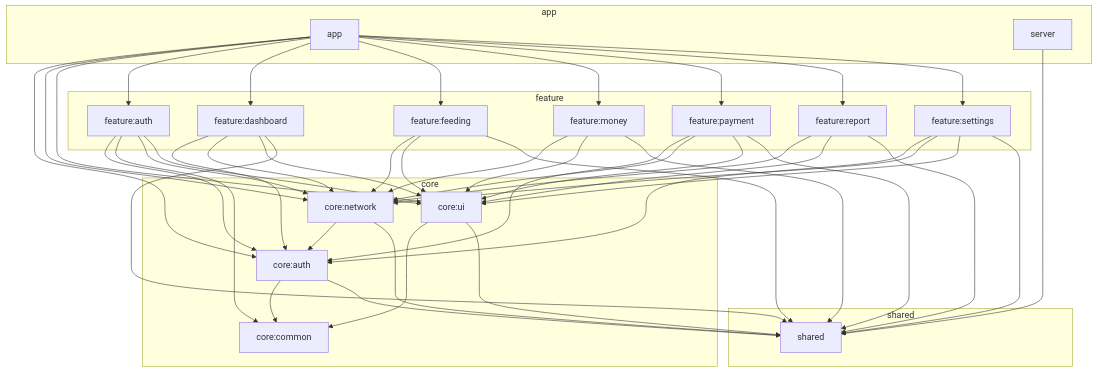
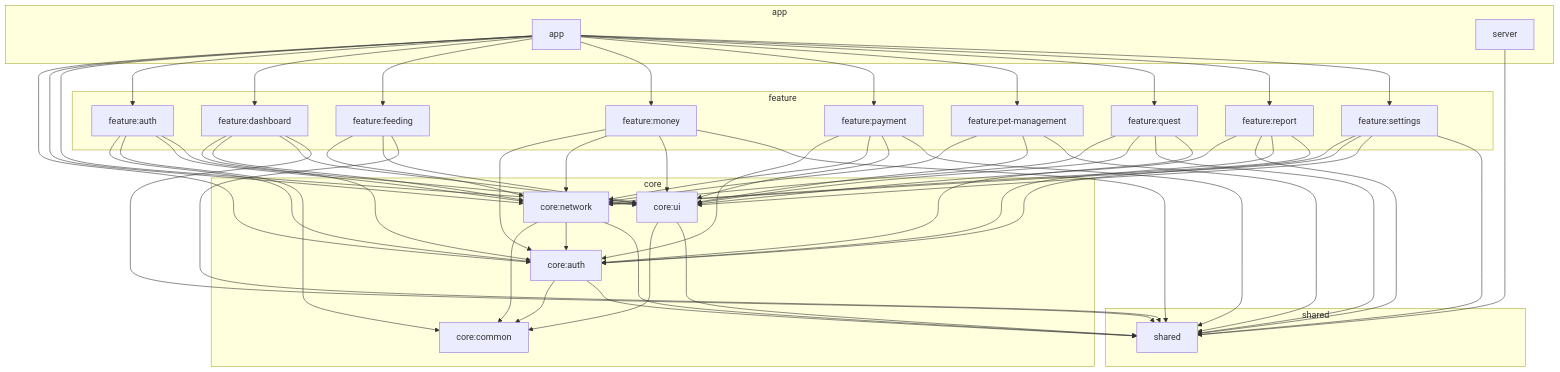
Before and after one commit to ptkNktq/CrabShell: the diagram in README.md, drawn with Mermaid. The commit also changed other lines of this file and 11 other files, not shown here.

```diff
--- a/README.md
+++ b/README.md
@@ -51,6 +51,8 @@
     FF[feature:feeding]
     FM[feature:money]
     FP[feature:payment]
+    FPM[feature:pet-management]
+    FQ[feature:quest]
     FR[feature:report]
     FS[feature:settings]
   end
@@ -62,6 +64,7 @@
 
   CA --> CC
   CA --> S
+  CN --> CC
   CN --> CA
   CN --> S
   CU --> CC
@@ -78,6 +81,7 @@
   FF --> CN
   FF --> CU
   FF --> S
+  FM --> CA
   FM --> CN
   FM --> CU
   FM --> S
@@ -85,9 +89,17 @@
   FP --> CN
   FP --> CU
   FP --> S
-  FR --> CN
+  FPM --> CN
+  FPM --> CU
+  FPM --> S
+  FQ --> CN
+  FQ --> CU
+  FQ --> S
+  FQ --> CA
   FR --> CU
   FR --> S
+  FR --> CA
+  FR --> CN
   FS --> CA
   FS --> CN
   FS --> CU
@@ -101,6 +113,8 @@
   WF --> FF
   WF --> FM
   WF --> FP
+  WF --> FPM
+  WF --> FQ
   WF --> FR
   WF --> FS
 
```
